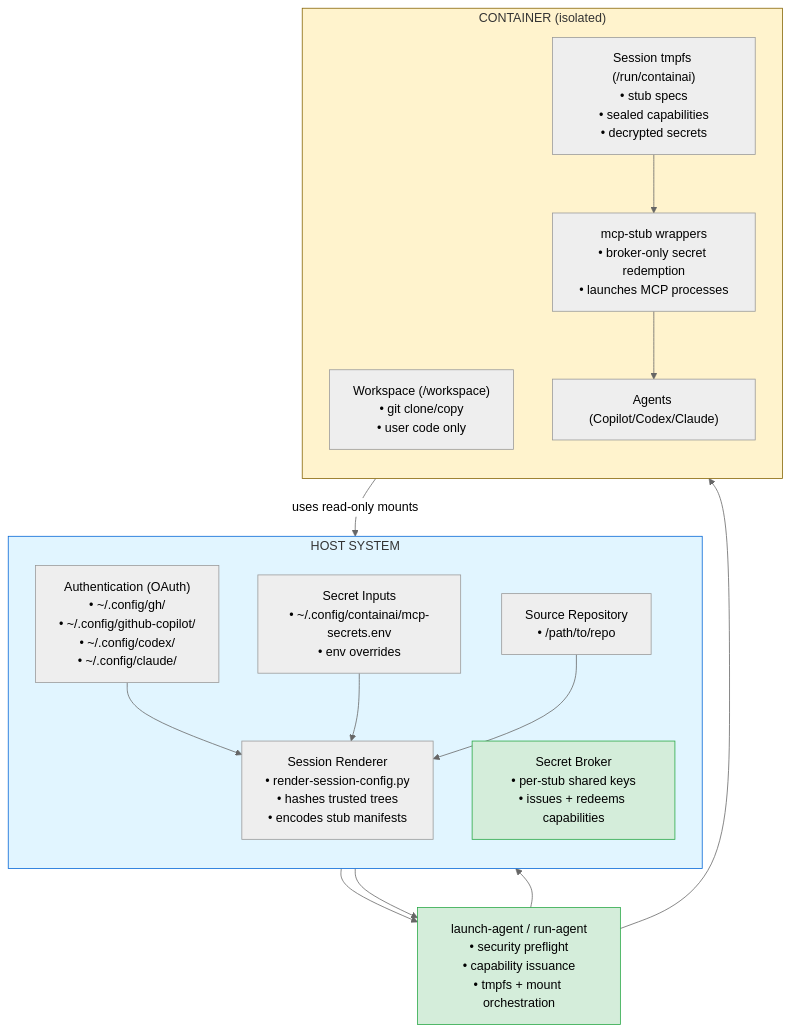
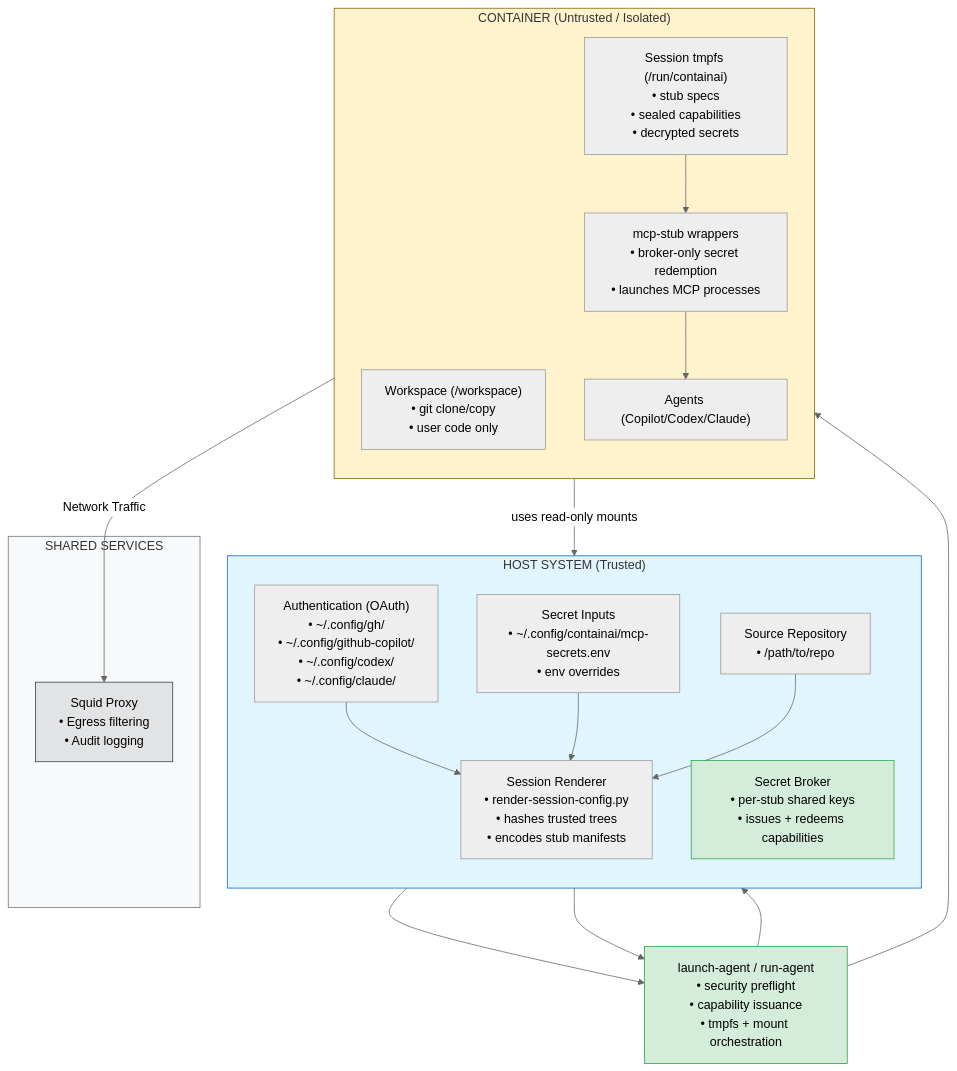
Before and after one commit to novotnyllc/ContainAI: the first of 14 diagrams in docs/architecture.md, drawn with Mermaid (neutral theme). The commit also changed other lines of this file and 11 other files, not shown here.

Commit message:
feat: update network proxy modes to default to Squid, enhance documentation and cleanup

````diff
--- a/docs/architecture.md
+++ b/docs/architecture.md
@@ -16,36 +16,43 @@
 ```mermaid
 flowchart TB
-    subgraph host["HOST SYSTEM"]
+    subgraph host["HOST SYSTEM (Trusted)"]
         direction TB
         auth["Authentication (OAuth)<br/>• ~/.config/gh/<br/>• ~/.config/github-copilot/<br/>• ~/.config/codex/<br/>• ~/.config/claude/"]
         secrets["Secret Inputs<br/>• ~/.config/containai/mcp-secrets.env<br/>• env overrides"]
         repo["Source Repository<br/>• /path/to/repo"]
         renderer["Session Renderer<br/>• render-session-config.py<br/>• hashes trusted trees<br/>• encodes stub manifests"]
         broker["Secret Broker<br/>• per-stub shared keys<br/>• issues + redeems capabilities"]
     end
 
     launcher["launch-agent / run-agent<br/>• security preflight<br/>• capability issuance<br/>• tmpfs + mount orchestration"]
 
-    subgraph container["CONTAINER (isolated)"]
+    subgraph container["CONTAINER (Untrusted / Isolated)"]
         direction TB
         workspace["Workspace (/workspace)<br/>• git clone/copy<br/>• user code only"]
         tmpfs["Session tmpfs (/run/containai)<br/>• stub specs<br/>• sealed capabilities<br/>• decrypted secrets"]
         mcpstub["mcp-stub wrappers<br/>• broker-only secret redemption<br/>• launches MCP processes"]
         agents["Agents (Copilot/Codex/Claude)"]
+    end
+
+    subgraph shared["SHARED SERVICES"]
+        proxy["Squid Proxy<br/>• Egress filtering<br/>• Audit logging"]
     end
 
     auth --> renderer
     secrets --> renderer
     repo --> renderer
     renderer --> launcher
     launcher --> broker
     broker --> launcher
     launcher --> container
     container -->|uses read-only mounts| auth
     tmpfs --> mcpstub --> agents
+    agents -->|Network Traffic| proxy
 
     style host fill:#e1f5ff,stroke:#0366d6
     style container fill:#fff3cd,stroke:#856404
     style launcher fill:#d4edda,stroke:#28a745
     style broker fill:#d4edda,stroke:#28a745
+    style shared fill:#f8f9fa,stroke:#6c757d
+    style proxy fill:#e2e3e5,stroke:#383d41
 ```
````
